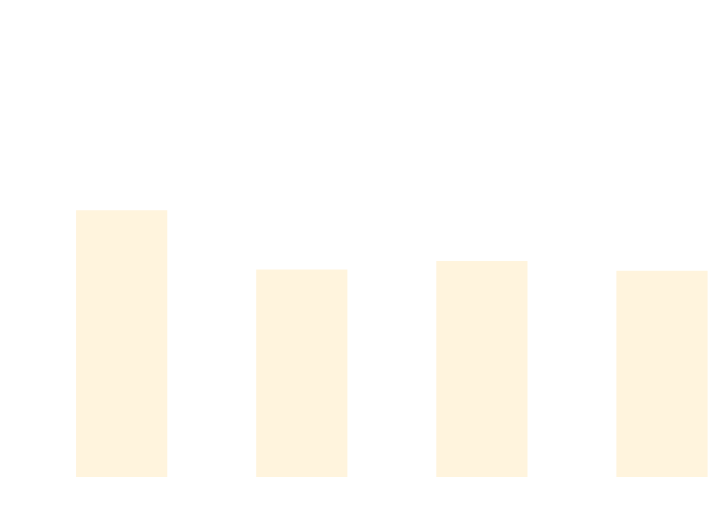
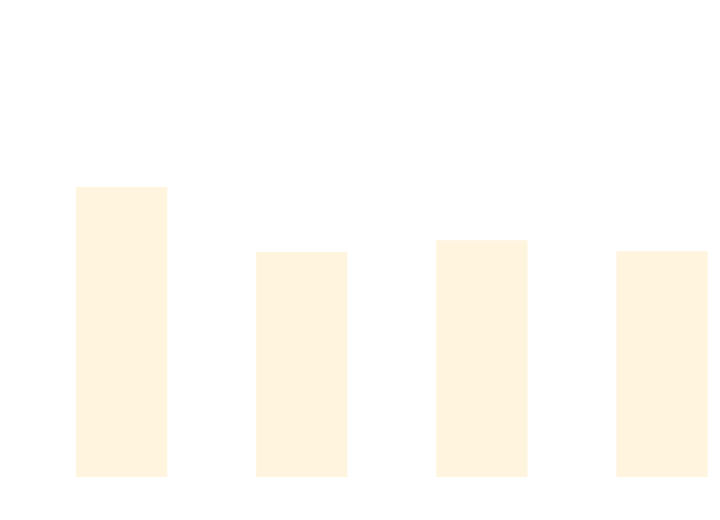
Before and after one commit to thomhurst/TUnit: the diagram in docs/docs/benchmarks/BuildTime.md, drawn with Mermaid. The commit also changed other lines of this file and 16 other files, not shown here.

````diff
--- a/docs/docs/benchmarks/BuildTime.md
+++ b/docs/docs/benchmarks/BuildTime.md
@@ -28,37 +28,37 @@
 ```mermaid
 %%{init: {
   'theme':'base',
   'themeVariables': {
     'primaryColor': '#2563eb',
     'primaryTextColor': '#ffffff',
     'primaryBorderColor': '#1e40af',
     'lineColor': '#6b7280',
     'secondaryColor': '#7c3aed',
     'tertiaryColor': '#dc2626',
     'background': '#ffffff',
     'mainBkg': '#2563eb',
     'secondBkg': '#7c3aed',
     'tertiaryBkg': '#dc2626',
     'clusterBkg': '#f3f4f6',
     'edgeLabelBackground': '#ffffff',
     'tertiaryTextColor': '#1f2937',
     'pie1': '#2563eb',
     'pie2': '#7c3aed',
     'pie3': '#dc2626',
     'pie4': '#f59e0b',
     'pie5': '#10b981',
     'pie6': '#06b6d4',
     'pie7': '#ec4899',
     'pie8': '#6366f1',
     'pie9': '#84cc16',
     'pie10': '#f97316',
     'pie11': '#14b8a6',
     'pie12': '#a855f7'
   }
 }}%%
 xychart-beta
   title "Build Time Comparison"
   x-axis ["Build_TUnit", "Build_NUnit", "Build_MSTest", "Build_xUnit3"]
   y-axis "Time (s)" 0 --> 3
-  bar [1.898, 1.463, 1.526, 1.454]
+  bar [2.069, 1.593, 1.678, 1.597]
 ```
````
